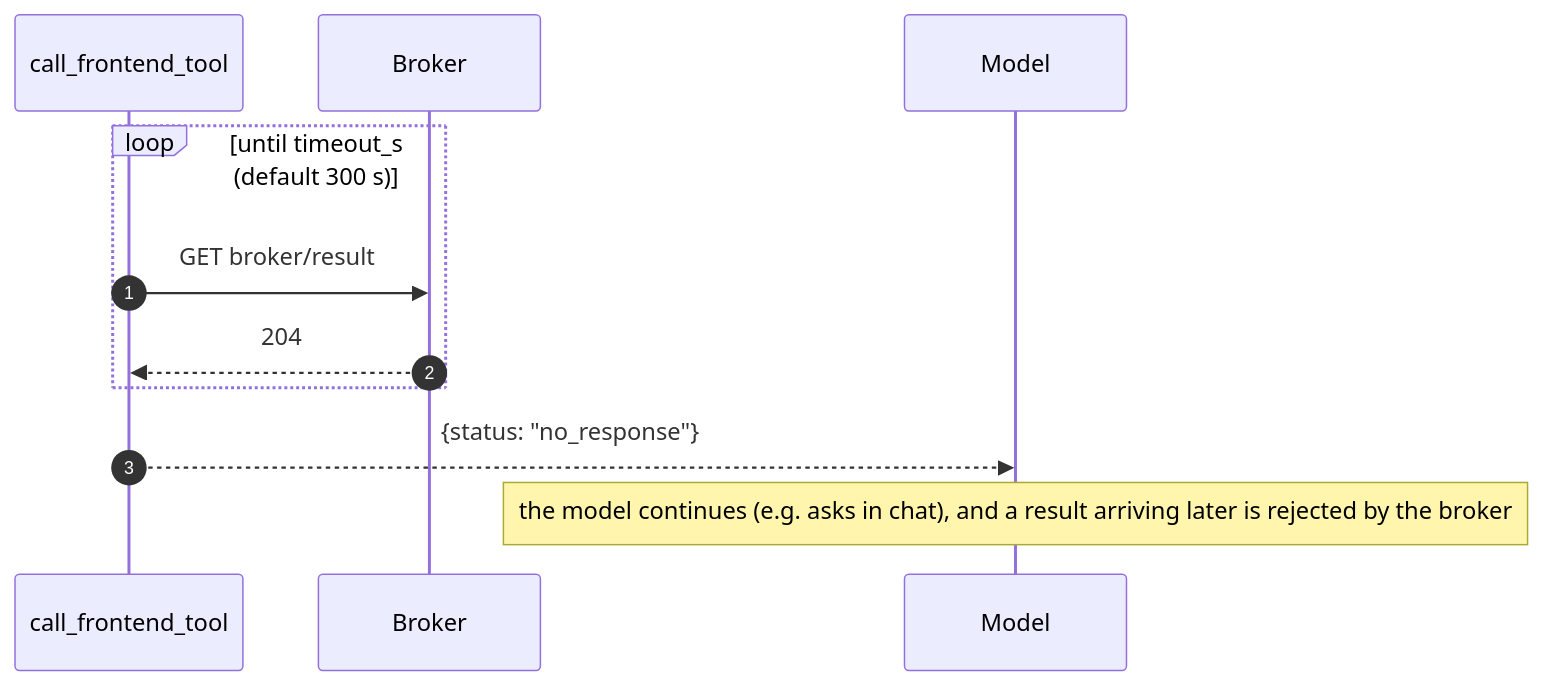
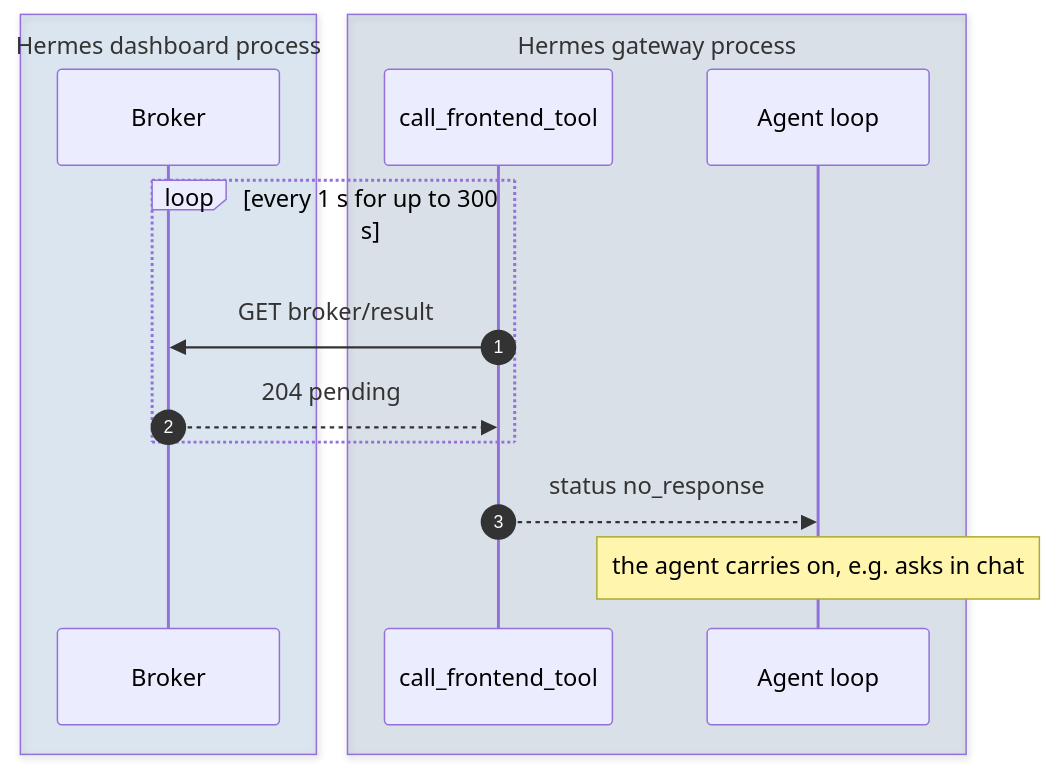
Before and after one commit to ejlevin1/hermes-agui: the ninth of 9 diagrams in ARCHITECTURE.md, drawn with Mermaid. The commit also changed other lines of this file, not shown here.

Commit message:
docs: readable architecture diagrams (C4 as flowcharts with runtime kinds, consistent names, process boxes in sequences)

````diff
--- a/ARCHITECTURE.md
+++ b/ARCHITECTURE.md
@@ -248,14 +327,18 @@
 ```mermaid
 sequenceDiagram
   autonumber
-  participant P as call_frontend_tool
-  participant K as Broker
-  participant M as Model
+  box rgba(17,104,189,0.12) Hermes dashboard process
+    participant BR as Broker
+  end
+  box rgba(8,66,123,0.12) Hermes gateway process
+    participant FT as call_frontend_tool
+    participant AG as Agent loop
+  end
 
-  loop until timeout_s (default 300 s)
-    P->>K: GET broker/result
-    K-->>P: 204
+  loop every 1 s for up to 300 s
+    FT->>BR: GET broker/result
+    BR-->>FT: 204 pending
   end
-  P-->>M: {status: "no_response"}
-  Note over M: the model continues (e.g. asks in chat), and a result arriving later is rejected by the broker
+  FT-->>AG: status no_response
+  Note over AG: the agent carries on, e.g. asks in chat
 ```
````
